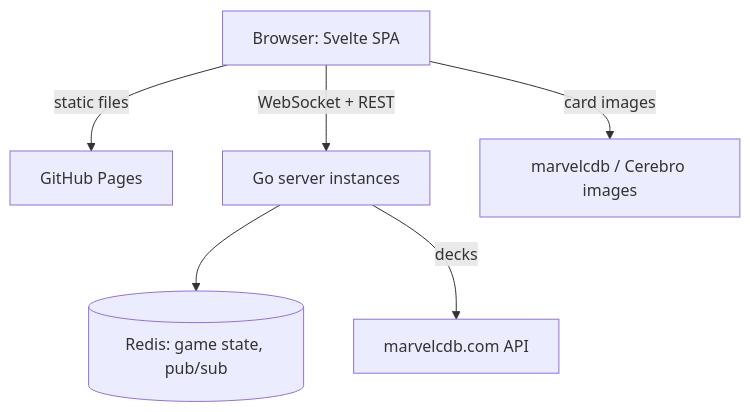
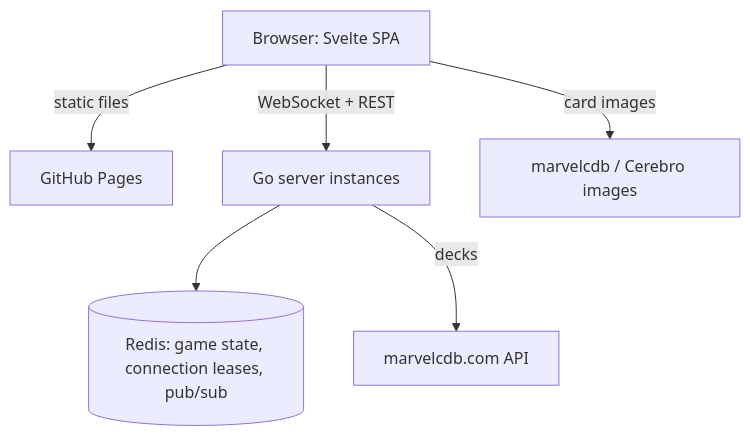
The diagram in README.md (alexandreroman/intothefray), drawn with Mermaid before and after one commit. The commit also changed other lines of this file and 11 other files, not shown here.

````diff
--- a/README.md
+++ b/README.md
@@ -210,8 +210,8 @@
 ```mermaid
 graph TD
     B[Browser: Svelte SPA] -->|static files| P[GitHub Pages]
     B -->|WebSocket + REST| S[Go server instances]
-    S --> R[(Redis: game state, pub/sub)]
+    S --> R[(Redis: game state, connection leases, pub/sub)]
     S -->|decks| M[marvelcdb.com API]
     B -->|card images| I[marvelcdb / Cerebro images]
 ```
````
